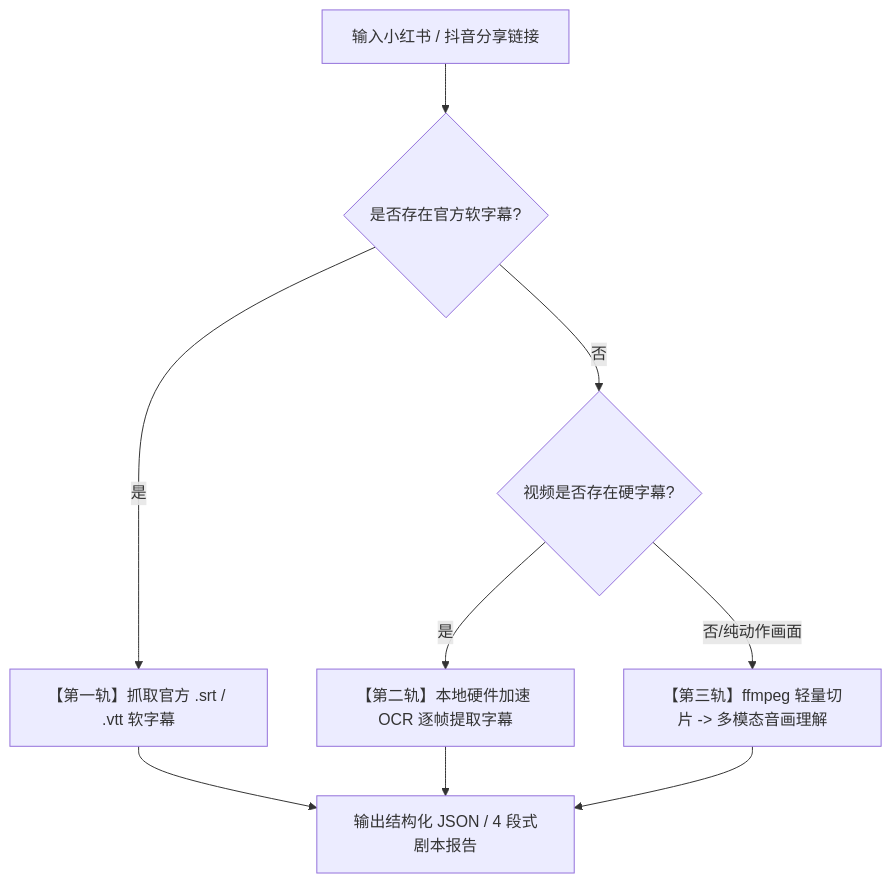
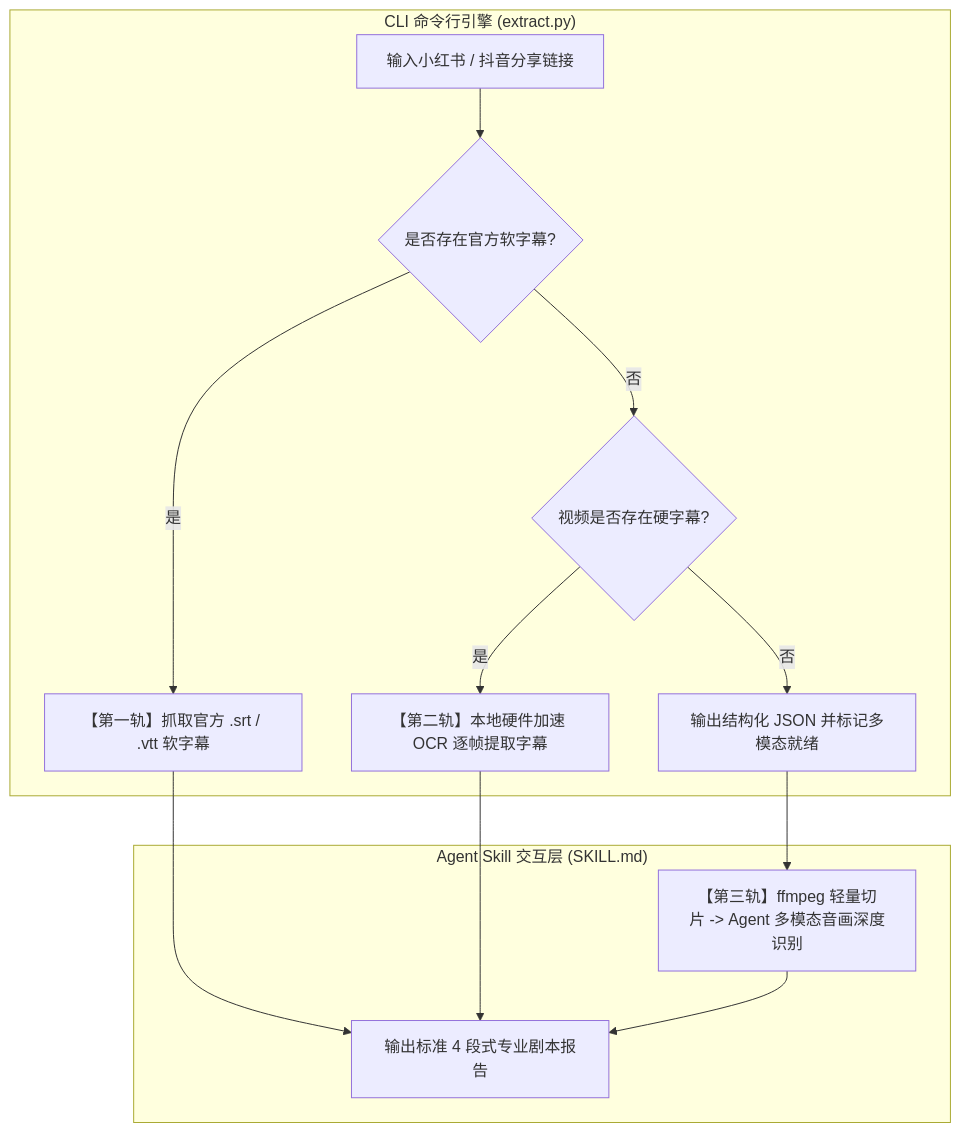
One commit to seamas0825-lab/xhs-douyin-transcript-extractor changed the diagram in README.md. Above: the diagram before and after it, drawn with Mermaid. The commit also changed other lines of this file and 3 other files, not shown here.

Commit message:
feat(arch & security): add SafeRedirectHandler, XHS CDN domains, frame-signature OCR acceleration, fixture tests & CLI/Agent layered architecture

````diff
--- a/README.md
+++ b/README.md
@@ -30,11 +32,17 @@
 ```mermaid
 flowchart TD
-    A[输入小红书 / 抖音分享链接] --> B{是否存在官方软字幕?}
-    B -- 是 --> C[【第一轨】抓取官方 .srt / .vtt 软字幕]
-    B -- 否 --> D{视频是否存在硬字幕?}
-    D -- 是 --> E[【第二轨】本地硬件加速 OCR 逐帧提取字幕]
-    D -- 否/纯动作画面 --> F[【第三轨】ffmpeg 轻量切片 -> 多模态音画理解]
-    C --> G[输出结构化 JSON / 4 段式剧本报告]
-    E --> G
-    F --> G
+    subgraph CLI ["CLI 命令行引擎 (extract.py)"]
+        A[输入小红书 / 抖音分享链接] --> B{是否存在官方软字幕?}
+        B -- 是 --> C[【第一轨】抓取官方 .srt / .vtt 软字幕]
+        B -- 否 --> D{视频是否存在硬字幕?}
+        D -- 是 --> E[【第二轨】本地硬件加速 OCR 逐帧提取字幕]
+        D -- 否 --> F[输出结构化 JSON 并标记多模态就绪]
+    end
+
+    subgraph Agent ["Agent Skill 交互层 (SKILL.md)"]
+        F --> G[【第三轨】ffmpeg 轻量切片 -> Agent 多模态音画深度识别]
+        C --> H[输出标准 4 段式专业剧本报告]
+        E --> H
+        G --> H
+    end
 ```
````
